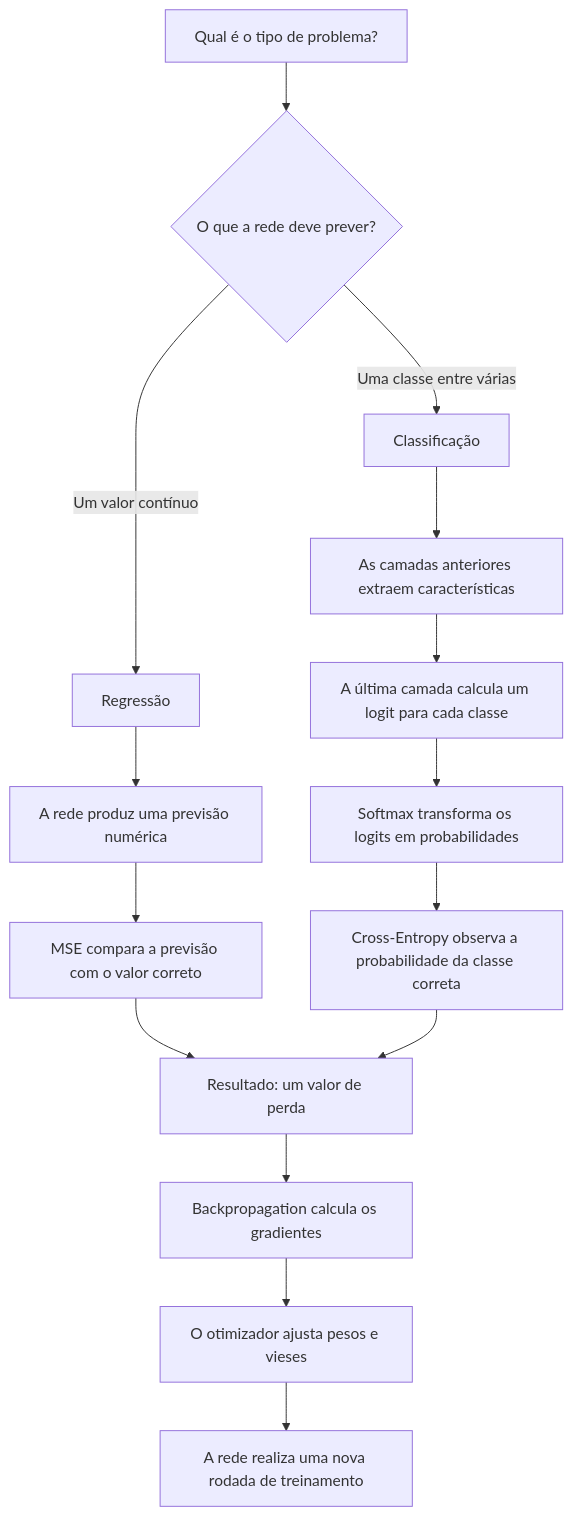
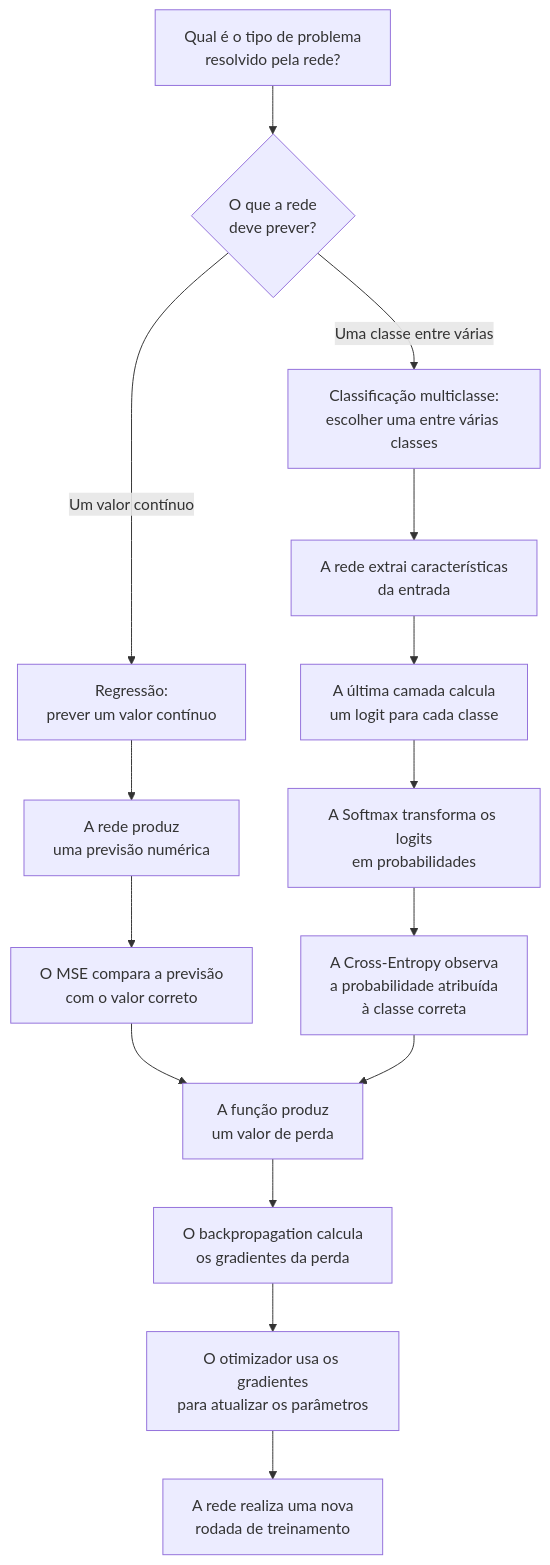
Before and after one commit to mevianna/ISA: the diagram in dl_engenharia_treinamento_redes_densas/content/04_funcoes_de_perda.md, drawn with Mermaid.

Commit message:
alterando fluxograma

````diff
--- a/dl_engenharia_treinamento_redes_densas/content/04_funcoes_de_perda.md
+++ b/dl_engenharia_treinamento_redes_densas/content/04_funcoes_de_perda.md
@@ -9,20 +9,20 @@
 ```mermaid
 flowchart TD
-    A["Qual é o tipo de problema?"] --> B{"O que a rede deve prever?"}
+    A["Qual é o tipo de problema<br/>resolvido pela rede?"] --> B{"O que a rede<br/>deve prever?"}
 
-    B -->|"Um valor contínuo"| R["Regressão"]
-    R --> RP["A rede produz uma previsão numérica"]
-    RP --> RM["MSE compara a previsão com o valor correto"]
+    B -->|"Um valor contínuo"| R["Regressão:<br/>prever um valor contínuo"]
+    R --> RP["A rede produz<br/>uma previsão numérica"]
+    RP --> RM["O MSE compara a previsão<br/>com o valor correto"]
 
-    B -->|"Uma classe entre várias"| C["Classificação"]
-    C --> CH["As camadas anteriores extraem características"]
-    CH --> CL["A última camada calcula um logit para cada classe"]
-    CL --> S["Softmax transforma os logits em probabilidades"]
-    S --> CE["Cross-Entropy observa a probabilidade da classe correta"]
+    B -->|"Uma classe entre várias"| C["Classificação multiclasse:<br/>escolher uma entre várias classes"]
+    C --> CH["A rede extrai características<br/>da entrada"]
+    CH --> CL["A última camada calcula<br/>um logit para cada classe"]
+    CL --> S["A Softmax transforma os logits<br/>em probabilidades"]
+    S --> CE["A Cross-Entropy observa<br/>a probabilidade atribuída<br/>à classe correta"]
 
-    RM --> L["Resultado: um valor de perda"]
+    RM --> L["A função produz<br/>um valor de perda"]
     CE --> L
-    L --> BP["Backpropagation calcula os gradientes"]
-    BP --> O["O otimizador ajusta pesos e vieses"]
-    O --> N["A rede realiza uma nova rodada de treinamento"]
+    L --> BP["O backpropagation calcula<br/>os gradientes da perda"]
+    BP --> O["O otimizador usa os gradientes<br/>para atualizar os parâmetros"]
+    O --> N["A rede realiza uma nova<br/>rodada de treinamento"]
 ```
````
